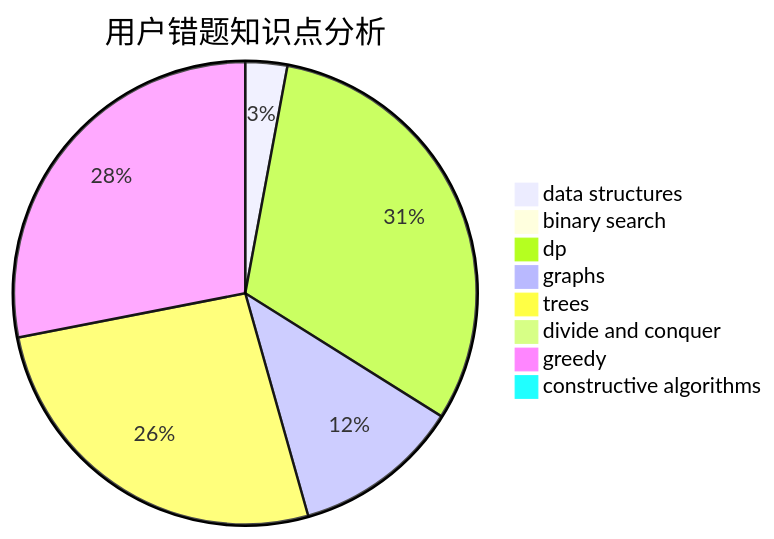
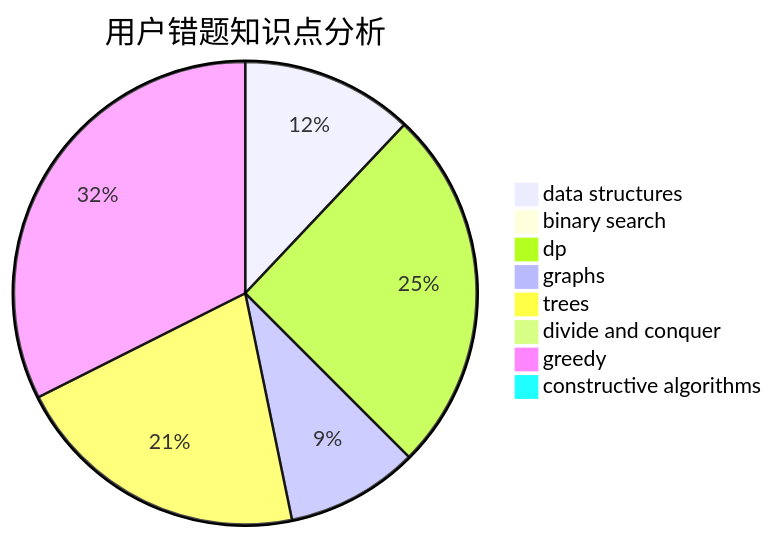
Before and after one commit to sherpahu/cfrs.github.io: the third of 3 diagrams in docs/user/u1251.md, drawn with Mermaid. The commit also changed other lines of this file and 2770 other files, not shown here.

````diff
--- a/docs/user/u1251.md
+++ b/docs/user/u1251.md
@@ -36,11 +36,11 @@
 ```mermaid
 pie title 用户错题知识点分析
-    "data structures" :  5
+    "data structures" :  26
     "binary search" :  0
-    "dp" :  53
+    "dp" :  55
     "graphs" :  20
     "trees" :  45
     "divide and conquer" :  0
-    "greedy" :  48
-    "constructive algorithms" :  0
+    "greedy" :  70
+    "constructive algorithms" :  1
 ```
````
